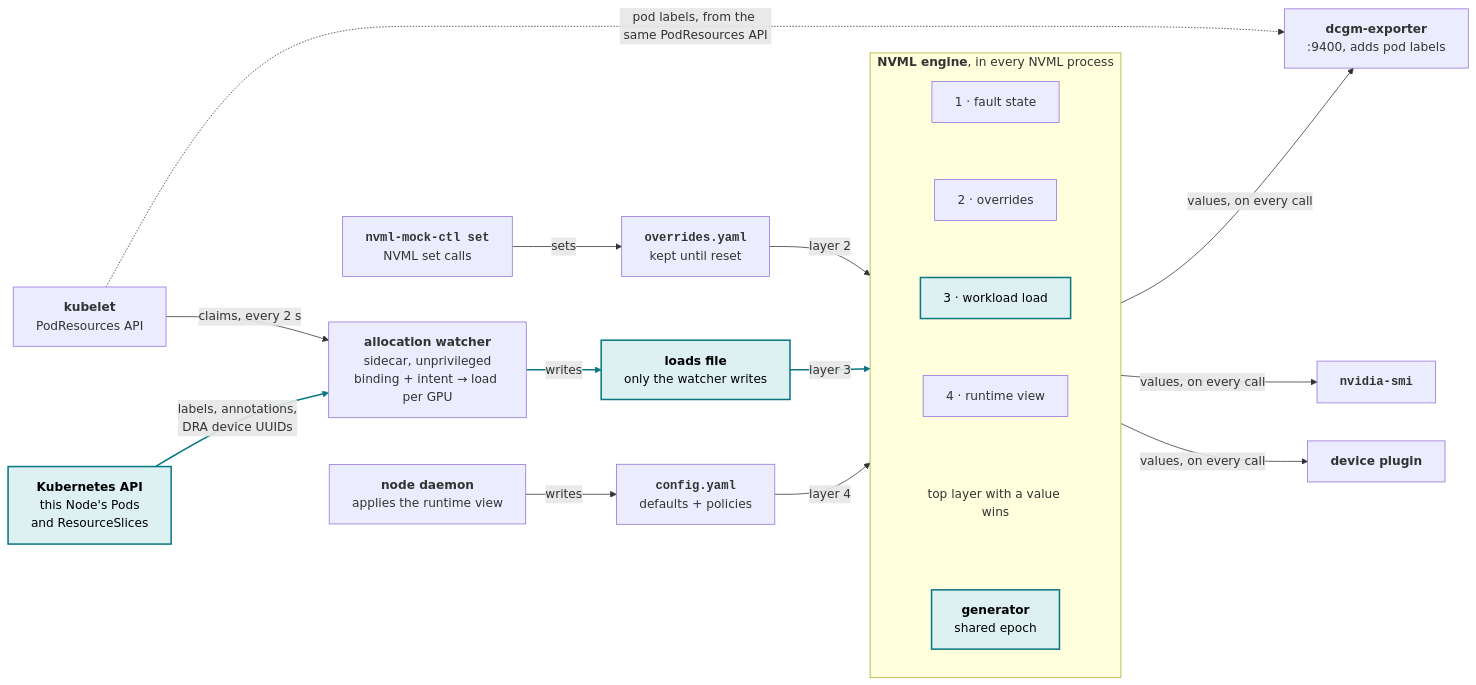
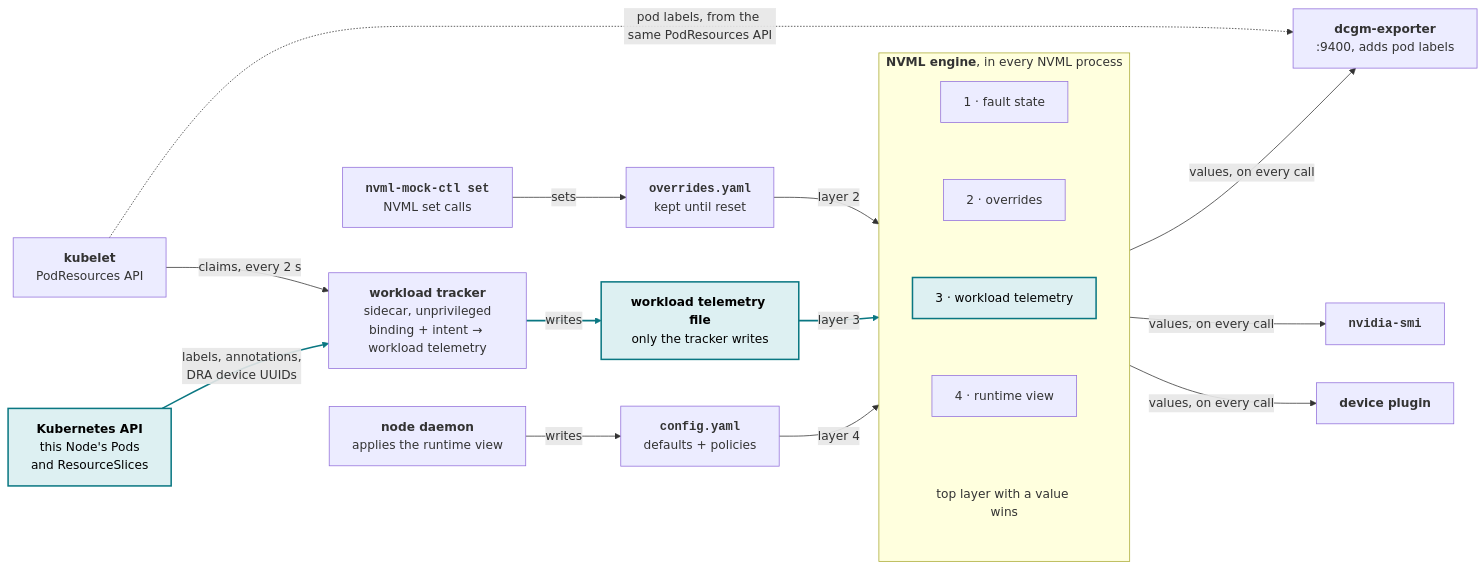
Before and after one commit to NVIDIA/k8s-test-infra: the fifth of 10 diagrams in enhancements/meps/0008-fgo-integration/README.md, drawn with Mermaid. The commit also changed other lines of this file, not shown here.

Commit message:
#1008: Suggesting a better name for allocation watcher

````diff
--- a/enhancements/meps/0008-fgo-integration/README.md
+++ b/enhancements/meps/0008-fgo-integration/README.md
@@ -1016,46 +1020,45 @@
 ```mermaid
 flowchart LR
     kubelet["<b>kubelet</b><br/>PodResources API"]
     api["<b>Kubernetes API</b><br/>this Node's Pods<br/>and ResourceSlices"]
 
     ctl["<b><code>nvml-mock-ctl set</code></b><br/>NVML set calls"]
-    watcher["<b>allocation watcher</b><br/>sidecar, unprivileged<br/>binding + intent → load per GPU"]
+    tracker["<b>workload tracker</b><br/>sidecar, unprivileged<br/>binding + intent → workload telemetry"]
     daemon["<b>node daemon</b><br/>applies the runtime view"]
 
     overrides["<b><code>overrides.yaml</code></b><br/>kept until reset"]
-    loads["<b>loads file</b><br/>only the watcher writes"]
+    telemetry["<b>workload telemetry file</b><br/>only the tracker writes"]
     config["<b><code>config.yaml</code></b><br/>defaults + policies"]
 
     subgraph engine["<b>NVML engine</b>, in every NVML process"]
         direction TB
         l1["1 · fault state"]
         l2["2 · overrides"]
-        l3["3 · workload load"]
+        l3["3 · workload telemetry"]
         l4["4 · runtime view"]
         rule["top layer with a value wins"]
-        gen["<b>generator</b><br/>shared epoch"]
-        l1 ~~~ l2 ~~~ l3 ~~~ l4 ~~~ rule ~~~ gen
+        l1 ~~~ l2 ~~~ l3 ~~~ l4 ~~~ rule
     end
 
     dcgm["<b>dcgm-exporter</b><br/>:9400, adds pod labels"]
     smi["<b><code>nvidia-smi</code></b>"]
     dp["<b>device plugin</b>"]
 
     kubelet ~~~ ctl
     kubelet ~~~ daemon
-    kubelet -->|"claims, every 2 s"| watcher
-    api -->|"labels, annotations,<br/>DRA device UUIDs"| watcher
+    kubelet -->|"claims, every 2 s"| tracker
+    api -->|"labels, annotations,<br/>DRA device UUIDs"| tracker
     ctl -->|"sets"| overrides
-    watcher -->|"writes"| loads
+    tracker -->|"writes"| telemetry
     daemon -->|"writes"| config
     overrides -->|"layer 2"| engine
-    loads -->|"layer 3"| engine
+    telemetry -->|"layer 3"| engine
     config -->|"layer 4"| engine
     engine -->|"values, on every call"| dcgm & smi & dp
     kubelet -.->|"pod labels, from the same PodResources API"| dcgm
 
     classDef new fill:#ddf0f2,stroke:#0a7782,stroke-width:2px,color:#000
-    class api,loads,l3,gen new
+    class api,telemetry,l3 new
     style rule fill:none,stroke:none
-    linkStyle 8,10,13 stroke:#0a7782,stroke-width:2px
+    linkStyle 7,9,12 stroke:#0a7782,stroke-width:2px
 ```
````
